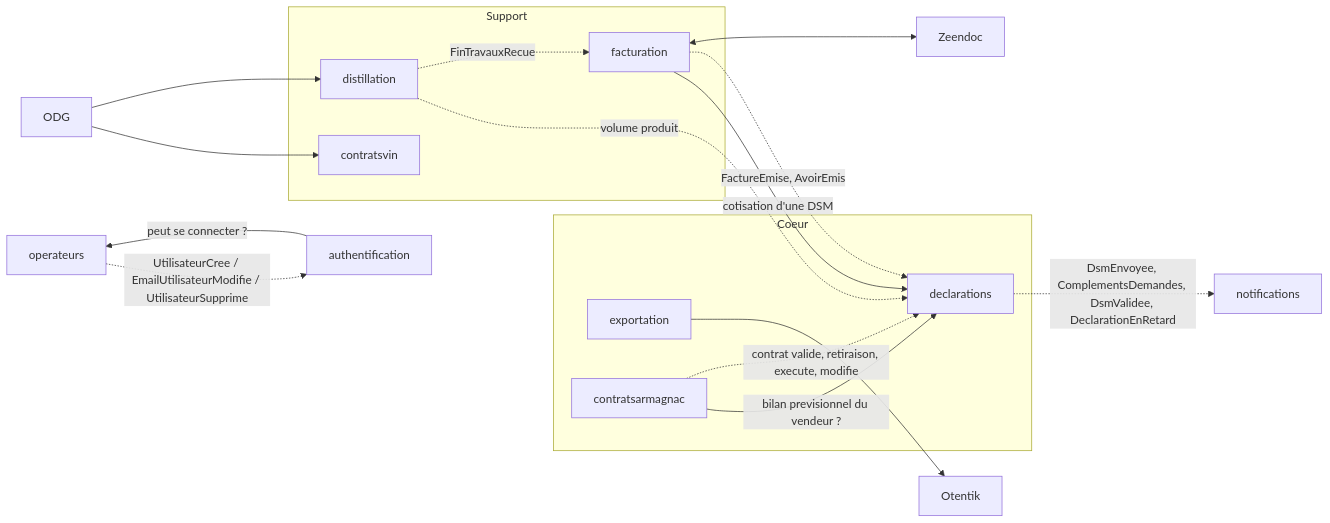
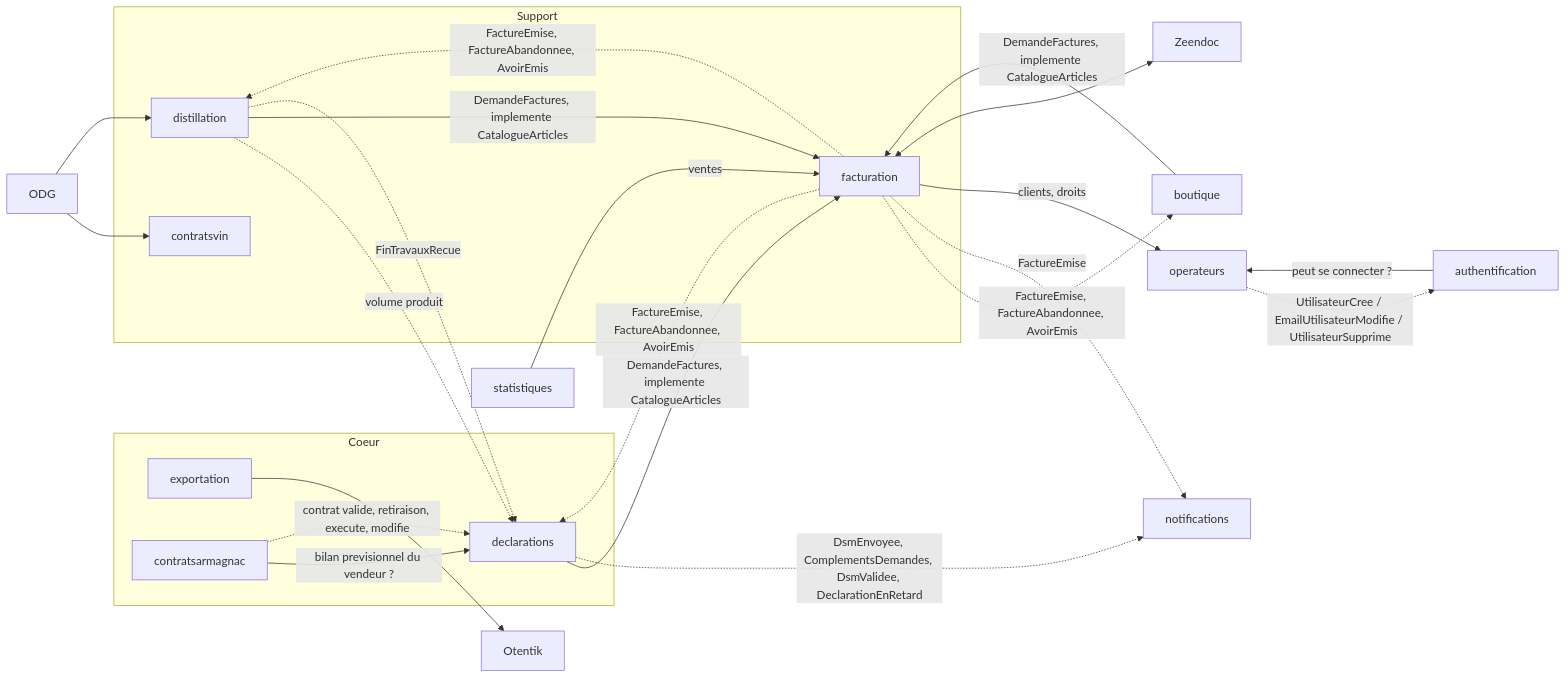
Before and after one commit to izidoor/demo-armagnac: the diagram in docs/contextes.md, drawn with Mermaid. The commit also changed other lines of this file and 49 other files, not shown here.

````diff
--- a/docs/contextes.md
+++ b/docs/contextes.md
@@ -195,36 +202,45 @@
 ```mermaid
 flowchart LR
   ODG["ODG"]
   ZEE[Zeendoc]
   OTE[Otentik]
 
   OPE[operateurs]
   AUT[authentification]
   AUT -->|"peut se connecter ?"| OPE
   OPE -.->|"UtilisateurCree / EmailUtilisateurModifie / UtilisateurSupprime"| AUT
 
   subgraph Coeur
     DEC[declarations]
     EXP[exportation]
     CAR[contratsarmagnac]
   end
 
   subgraph Support
     FAC[facturation]
     CVI[contratsvin]
     DIS[distillation]
   end
 
   ODG --> CVI
   ODG --> DIS
   CAR -->|"bilan previsionnel du vendeur ?"| DEC
   CAR -.->|"contrat valide, retiraison, execute, modifie"| DEC
   DIS -.->|"volume produit"| DEC
   NOT[notifications]
-  FAC -->|"cotisation d'une DSM"| DEC
-  FAC -.->|"FactureEmise, AvoirEmis"| DEC
+  BOU[boutique]
+  STA[statistiques]
+  DEC -->|"DemandeFactures, implemente CatalogueArticles"| FAC
+  DIS -->|"DemandeFactures, implemente CatalogueArticles"| FAC
+  BOU -->|"DemandeFactures, implemente CatalogueArticles"| FAC
+  FAC -.->|"FactureEmise, FactureAbandonnee, AvoirEmis"| DEC
+  FAC -.->|"FactureEmise, FactureAbandonnee, AvoirEmis"| DIS
+  FAC -.->|"FactureEmise, FactureAbandonnee, AvoirEmis"| BOU
+  FAC -.->|"FactureEmise"| NOT
+  STA -->|"ventes"| FAC
+  FAC -->|"clients, droits"| OPE
   DEC -.->|"DsmEnvoyee, ComplementsDemandes, DsmValidee, DeclarationEnRetard"| NOT
-  DIS -.->|"FinTravauxRecue"| FAC
+  DIS -.->|"FinTravauxRecue"| DEC
   FAC <--> ZEE
   EXP --> OTE
 ```
````
